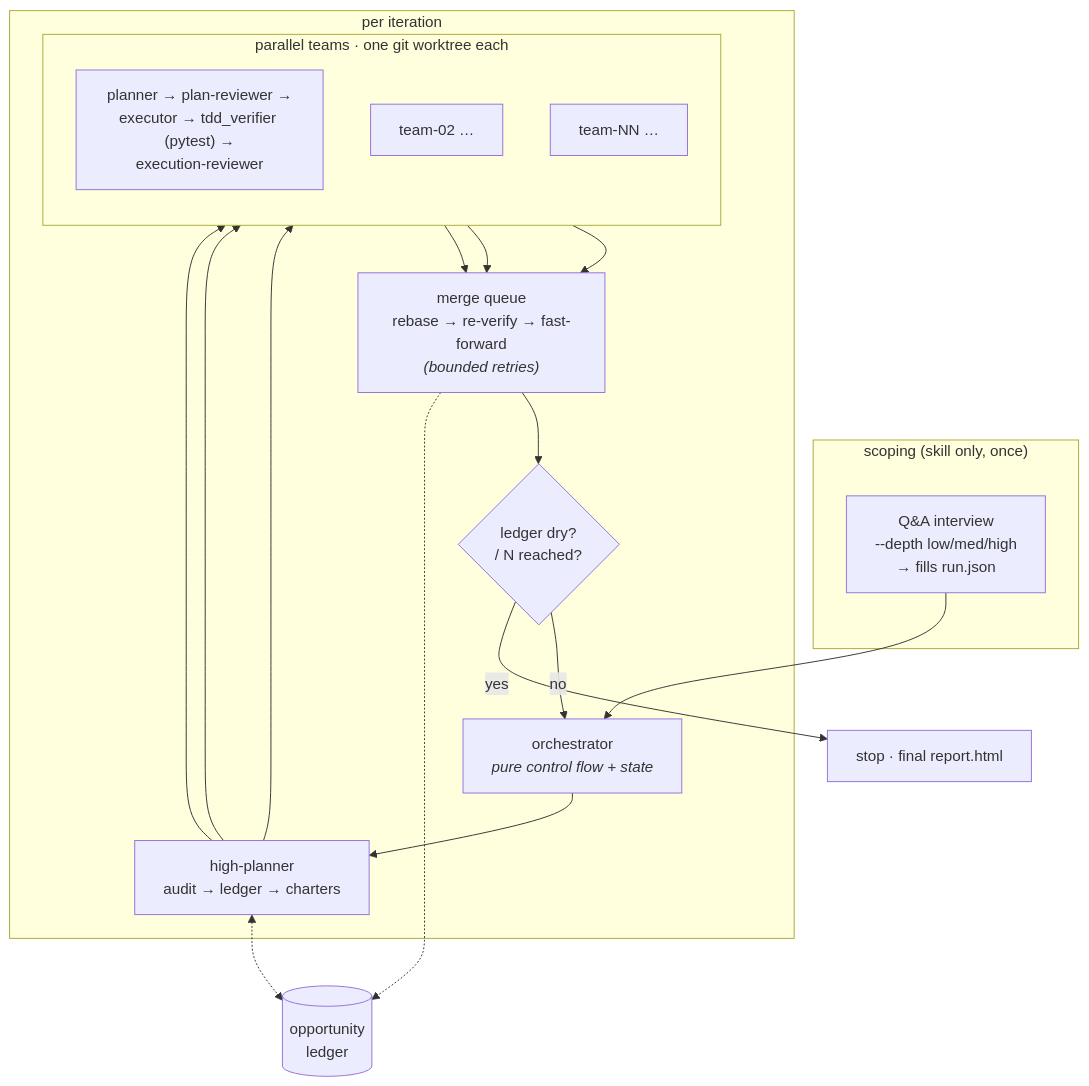
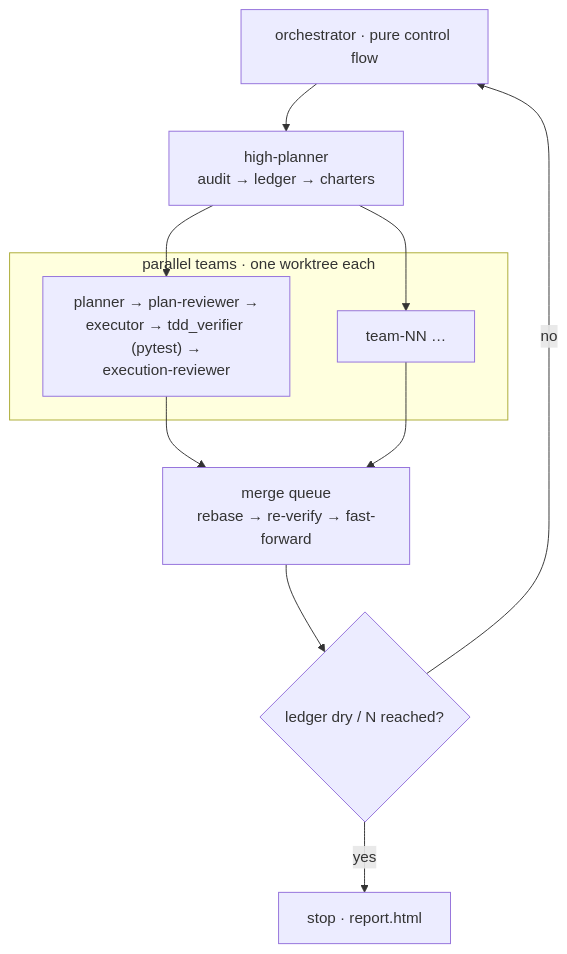
Before and after one commit to ccomkhj/continuous-improvement-harness: the diagram in README.md, drawn with Mermaid. The commit also changed other lines of this file, not shown here.

````diff
--- a/README.md
+++ b/README.md
@@ -68,33 +20,13 @@
 ```mermaid
 flowchart TB
-    subgraph scope["scoping (skill only, once)"]
-        QA["Q&A interview<br/>--depth low/med/high<br/>→ fills run.json"]
+    ORCH["orchestrator · pure control flow"] --> HP["high-planner<br/>audit → ledger → charters"]
+    subgraph teams["parallel teams · one worktree each"]
+        T1["planner → plan-reviewer →<br/>executor → tdd_verifier (pytest) →<br/>execution-reviewer"]
+        T2["team-NN …"]
     end
-
-    QA --> ORCH
-
-    subgraph loop["per iteration"]
-        ORCH["orchestrator<br/><i>pure control flow + state</i>"]
-        HP["high-planner<br/>audit → ledger → charters"]
-        ORCH --> HP
-
-        subgraph teams["parallel teams · one git worktree each"]
-            direction TB
-            T1["planner → plan-reviewer →<br/>executor → tdd_verifier (pytest) →<br/>execution-reviewer"]
-            T2["team-02 …"]
-            T3["team-NN …"]
-        end
-        HP --> T1 & T2 & T3
-
-        MQ["merge queue<br/>rebase → re-verify → fast-forward<br/><i>(bounded retries)</i>"]
-        T1 & T2 & T3 --> MQ
-        MQ --> DEC{"ledger dry?<br/>/ N reached?"}
-        DEC -->|no| ORCH
-    end
-
-    DEC -->|yes| DONE["stop · final report.html"]
-
-    LED[("opportunity<br/>ledger")]
-    HP <-.-> LED
-    MQ -.-> LED
+    HP --> T1 & T2
+    T1 & T2 --> MQ["merge queue<br/>rebase → re-verify → fast-forward"]
+    MQ --> DEC{"ledger dry / N reached?"}
+    DEC -->|no| ORCH
+    DEC -->|yes| DONE["stop · report.html"]
 ```
````
